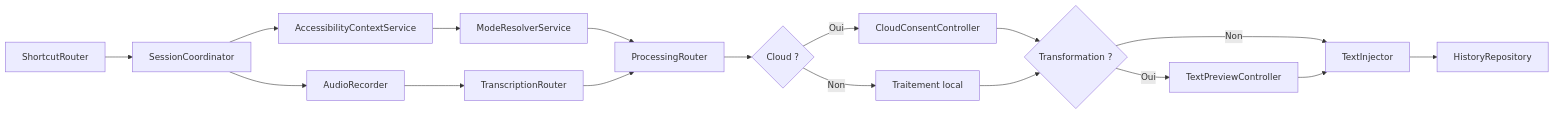
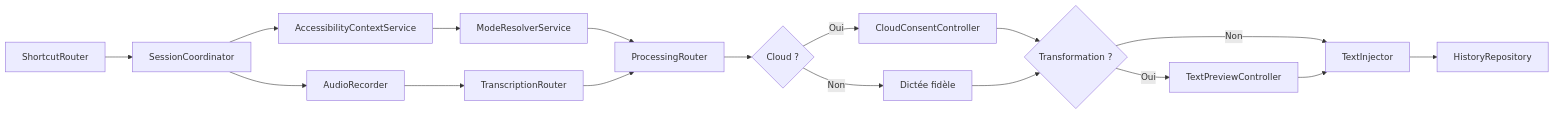
The diagram in ARCHITECTURE.md (YoannDrx/pressay), drawn with Mermaid before and after one commit. The commit also changed other lines of this file and 36 other files, not shown here.

````diff
--- a/ARCHITECTURE.md
+++ b/ARCHITECTURE.md
@@ -35,19 +35,19 @@
 ```mermaid
 flowchart LR
     A["ShortcutRouter"] --> B["SessionCoordinator"]
     B --> C["AccessibilityContextService"]
     B --> D["AudioRecorder"]
     C --> E["ModeResolverService"]
     D --> F["TranscriptionRouter"]
     E --> G["ProcessingRouter"]
     F --> G
     G --> H{"Cloud ?"}
     H -->|"Oui"| L["CloudConsentController"]
-    H -->|"Non"| M["Traitement local"]
+    H -->|"Non"| M["Dictée fidèle"]
     L --> N{"Transformation ?"}
     M --> N
     N -->|"Non"| I["TextInjector"]
     N -->|"Oui"| J["TextPreviewController"]
     J --> I
     I --> K["HistoryRepository"]
 ```
````
